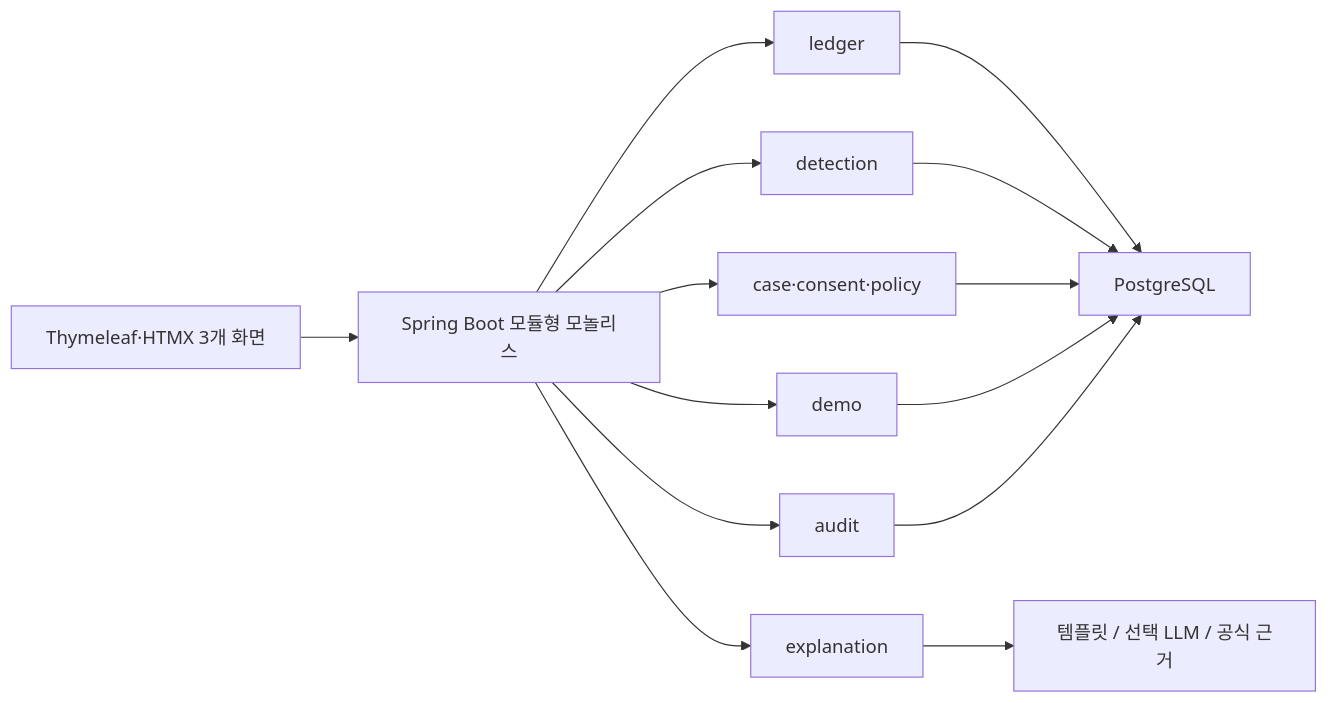
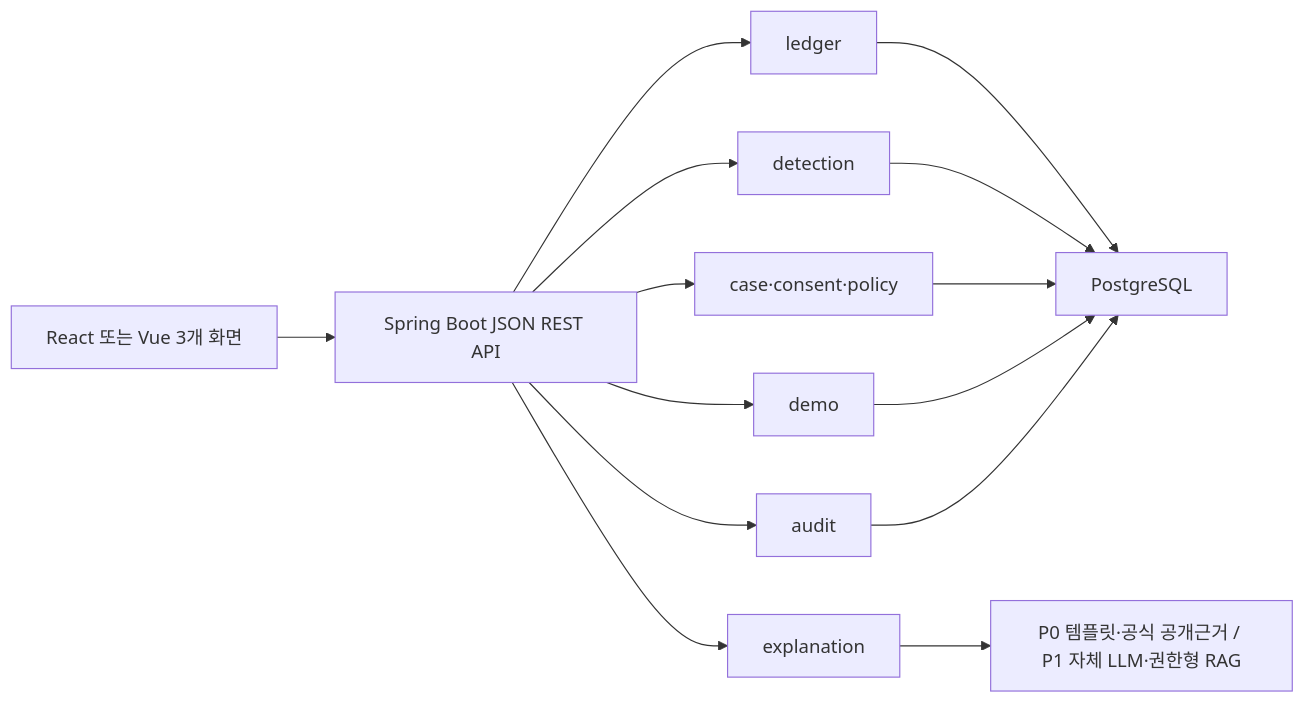
Before and after one commit to xixvivji/alzs-well: the second of 3 diagrams in ALZS_WELL_PROJECT_SSOT.md, drawn with Mermaid. The commit also changed other lines of this file and 68 other files, not shown here.

````diff
--- a/ALZS_WELL_PROJECT_SSOT.md
+++ b/ALZS_WELL_PROJECT_SSOT.md
@@ -758,16 +819,16 @@
 ```mermaid
 flowchart LR
-    A["Thymeleaf·HTMX 3개 화면"] --> B["Spring Boot 모듈형 모놀리스"]
+    A["React 또는 Vue 3개 화면"] --> B["Spring Boot JSON REST API"]
     B --> C["ledger"]
     B --> D["detection"]
     B --> E["case·consent·policy"]
     B --> F["explanation"]
     B --> G["demo"]
     B --> H["audit"]
     C --> I["PostgreSQL"]
     D --> I
     E --> I
-    F --> J["템플릿 / 선택 LLM / 공식 근거"]
+    F --> J["P0 템플릿·공식 공개근거 / P1 자체 LLM·권한형 RAG"]
     G --> I
     H --> I
 ```
````
